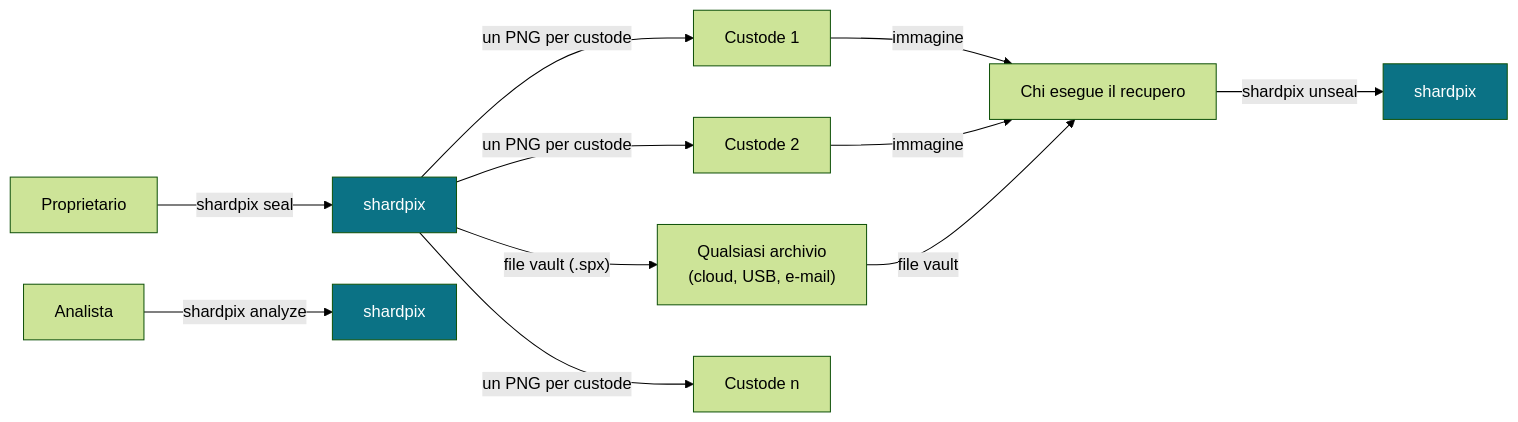
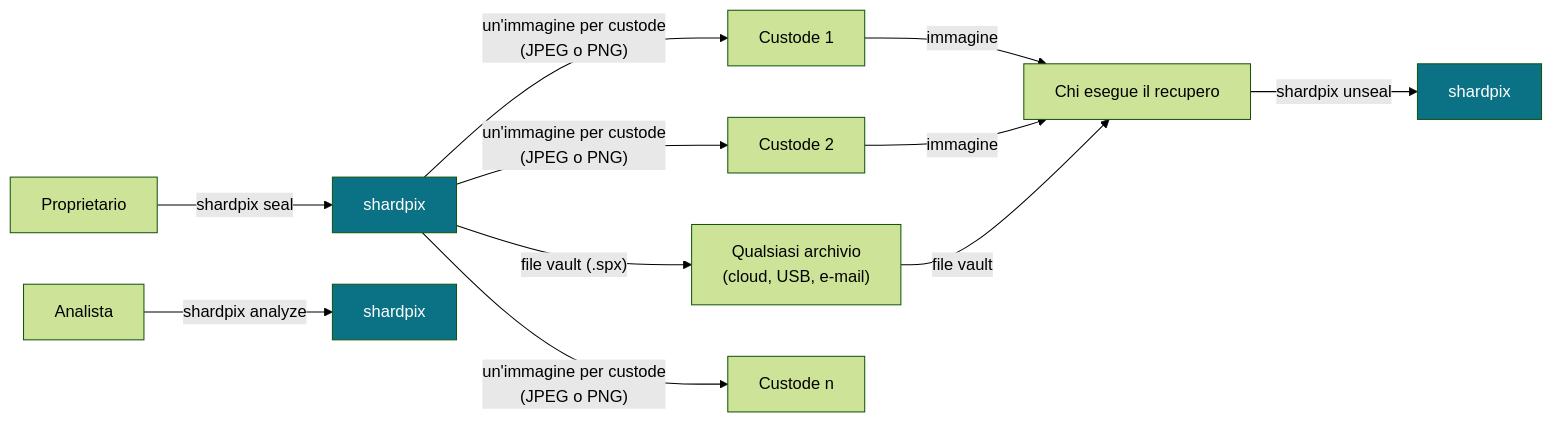
Before and after one commit to Just-Ipavon/shardpix: the first of 4 diagrams in docs_it/01-architecture.md, drawn with Mermaid (forest theme). The commit also changed other lines of this file and 8 other files, not shown here.

````diff
--- a/docs_it/01-architecture.md
+++ b/docs_it/01-architecture.md
@@ -27,17 +27,17 @@
 ```mermaid
 graph LR
     O["Proprietario"] -->|"shardpix seal"| S["shardpix"]
     S -->|"file vault (.spx)"| ST["Qualsiasi archivio<br/>(cloud, USB, e-mail)"]
-    S -->|"un PNG per custode"| H1["Custode 1"]
-    S -->|"un PNG per custode"| H2["Custode 2"]
-    S -->|"un PNG per custode"| H3["Custode n"]
+    S -->|"un'immagine per custode<br/>(JPEG o PNG)"| H1["Custode 1"]
+    S -->|"un'immagine per custode<br/>(JPEG o PNG)"| H2["Custode 2"]
+    S -->|"un'immagine per custode<br/>(JPEG o PNG)"| H3["Custode n"]
     H1 -->|"immagine"| R["Chi esegue il recupero"]
     H2 -->|"immagine"| R
     ST -->|"file vault"| R
     R -->|"shardpix unseal"| S2["shardpix"]
     A["Analista"] -->|"shardpix analyze"| S3["shardpix"]
 
     style S fill:#0b7285,color:#fff
     style S2 fill:#0b7285,color:#fff
     style S3 fill:#0b7285,color:#fff
 ```
````
